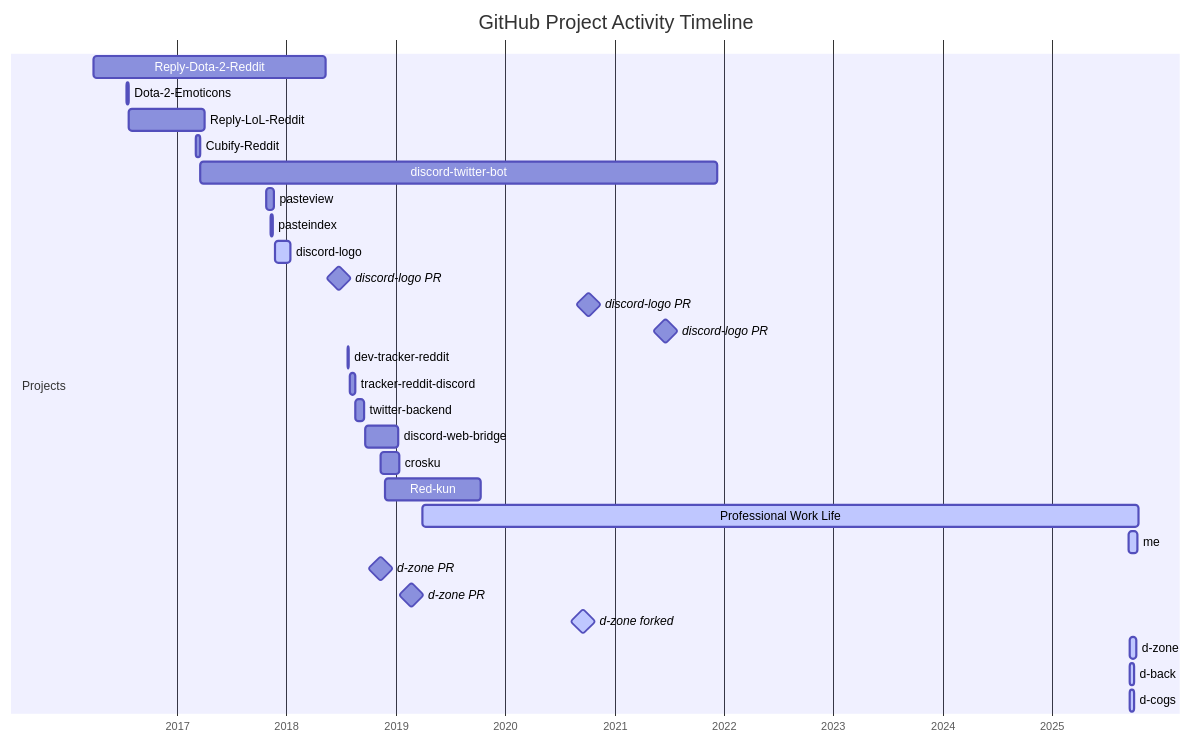
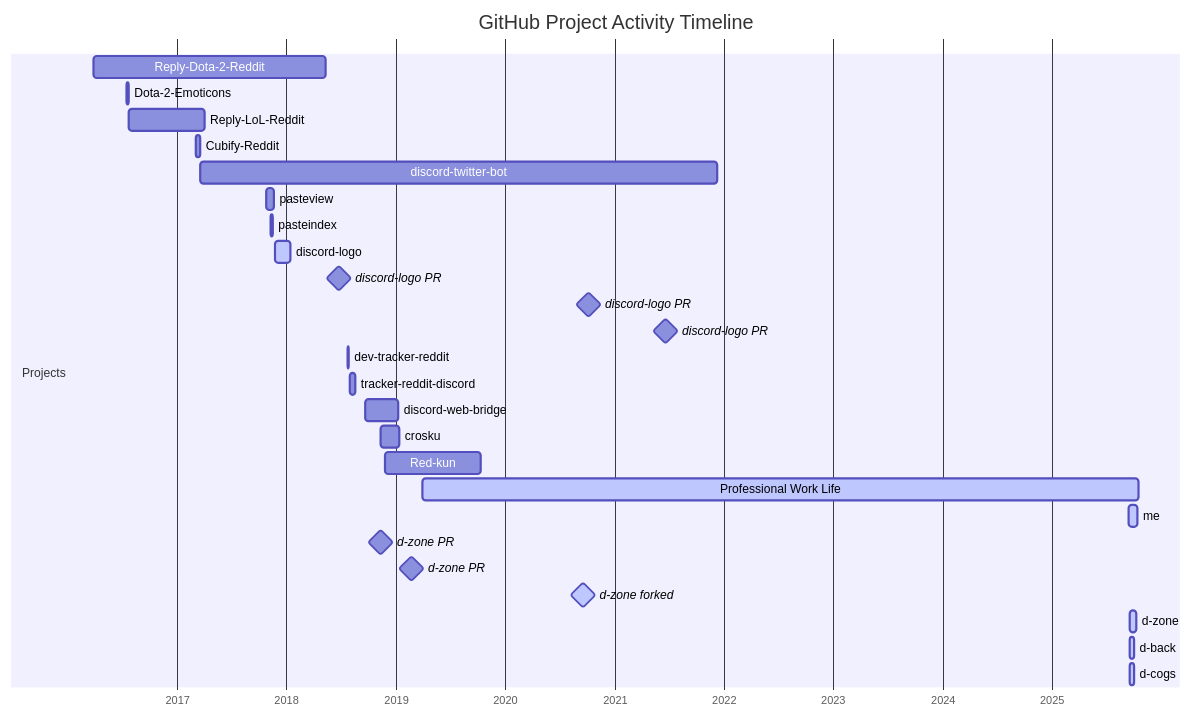
The diagram in _projects/projects.md (NNTin/me), drawn with Mermaid before and after one commit. The commit also changed other lines of this file and 6 other files, not shown here.

Commit message:
deleted twitter-backend too insignificant, merged tracker projects into one article

```diff
--- a/_projects/projects.md
+++ b/_projects/projects.md
@@ -7,33 +7,32 @@
 <div class="mermaid" id="project-gantt">
 gantt
     title GitHub Project Activity Timeline
     dateFormat  YYYY-MM-DD
     axisFormat  %Y
 
     section Projects
     Reply-Dota-2-Reddit     :rdr, 2016-03-27, 2018-05-10
     Dota-2-Emoticons        :de, 2016-07-16, 2016-07-21
     Reply-LoL-Reddit        :rlr, 2016-07-24, 2017-04-02
     Cubify-Reddit           :cr, 2017-03-04, 2017-03-19
     discord-twitter-bot     :dtb, 2017-03-20, 2021-12-12
     pasteview               :pv, 2017-10-24, 2017-11-20
     pasteindex              :pi, 2017-11-10, 2017-11-15
     discord-logo            :active, dl, 2017-11-24, 2018-01-14
     discord-logo PR         :milestone, pr1, 2018-06-26, 0d
     discord-logo PR         :milestone, pr2, 2020-10-07, 0d  
     discord-logo PR         :milestone, pr3, 2021-06-20, 0d
     dev-tracker-reddit      :dtr, 2018-07-25, 2018-07-26
     tracker-reddit-discord  :trd, 2018-07-31, 2018-08-17
-    twitter-backend         :tb, 2018-08-18, 2018-09-16
     discord-web-bridge      :dwb, 2018-09-20, 2019-01-11
     crosku                  :ck, 2018-11-11, 2019-01-12
     Red-kun                 :rk, 2018-11-27, 2019-10-13
     Professional Work Life  :active, ps, 2019-04-01, until today
     me                      :active, me, 2025-09-14, 2025-10-16
     d-zone PR               :milestone, dz1, 2018-11-11, 0d
     d-zone PR               :milestone, dz2, 2019-02-24, 0d
     d-zone forked           :active, milestone, dz3, 2020-09-19, 0d
     d-zone                  :active, dz, 2025-09-18, 2025-10-10
     d-back                  :active, db, 2025-09-17, 2025-10-05
     d-cogs                  :active, dc, 2025-09-20, 2025-10-05
 </div>
```
